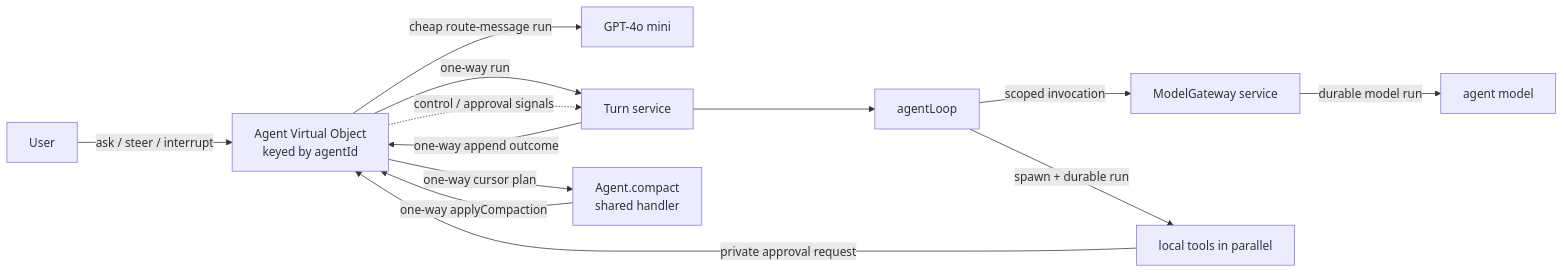
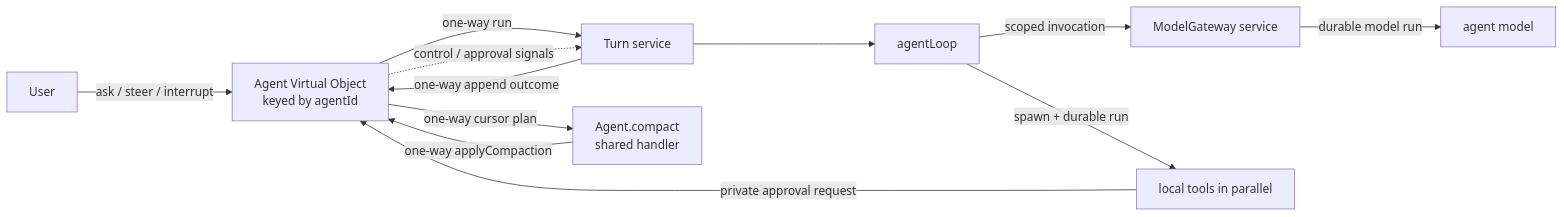
The diagram in README.md (restatedev/agent), drawn with Mermaid before and after one commit. The commit also changed other lines of this file and 8 other files, not shown here.

````diff
--- a/README.md
+++ b/README.md
@@ -7,15 +7,14 @@
 ```mermaid
 flowchart LR
   User -->|"ask / steer / interrupt"| Agent["Agent Virtual Object\nkeyed by agentId"]
-  Agent -->|"cheap route-message run"| Router["GPT-4o mini"]
   Agent -->|"one-way run"| Turn["Turn service"]
   Agent -.->|"control / approval signals"| Turn
   Turn --> Loop["agentLoop"]
   Loop -->|"scoped invocation"| Gateway["ModelGateway service"]
   Gateway -->|"durable model run"| Model["agent model"]
   Loop -->|"spawn + durable run"| Tools["local tools in parallel"]
   Tools -->|"private approval request"| Agent
   Turn -->|"one-way append outcome"| Agent
   Agent -->|"one-way cursor plan"| Compactor["Agent.compact\nshared handler"]
   Compactor -->|"one-way applyCompaction"| Agent
 ```
````
